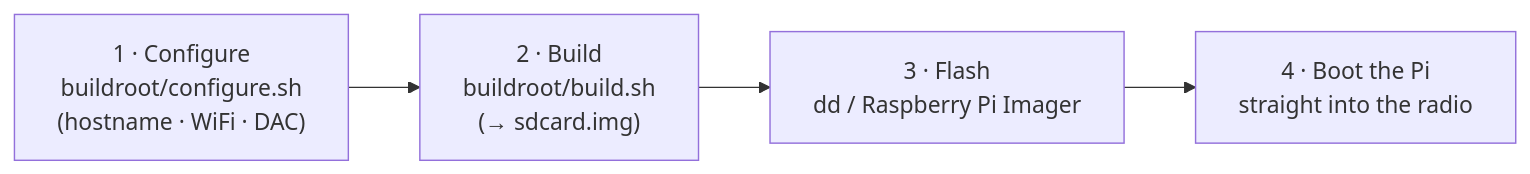
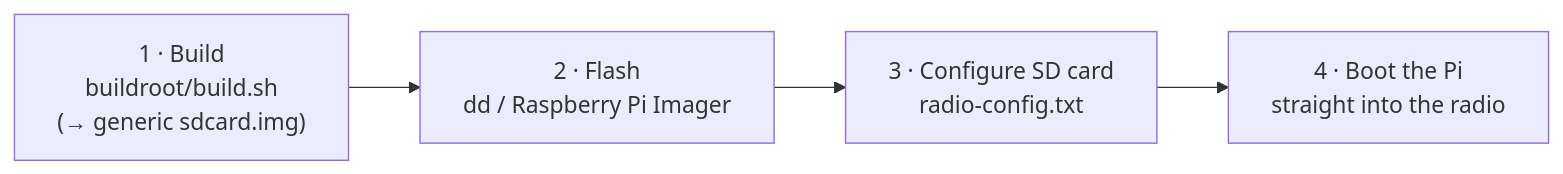
One commit to thk4711/raspberry-kitchen-radio changed the second of 2 diagrams in README.md. Above: the diagram before and after it, drawn with Mermaid. The commit also changed other lines of this file and 216 other files, not shown here.

````diff
--- a/README.md
+++ b/README.md
@@ -98,7 +157,7 @@
 ```mermaid
 flowchart LR
-    C["1 · Configure<br/>buildroot/configure.sh<br/>(hostname · WiFi · DAC)"]
-      --> B["2 · Build<br/>buildroot/build.sh<br/>(→ sdcard.img)"]
-      --> F["3 · Flash<br/>dd / Raspberry Pi Imager"]
+    B["1 · Build<br/>buildroot/build.sh<br/>(→ generic sdcard.img)"]
+      --> F["2 · Flash<br/>dd / Raspberry Pi Imager"]
+      --> C["3 · Configure SD card<br/>radio-config.txt"]
       --> R["4 · Boot the Pi<br/>straight into the radio"]
 ```
````
